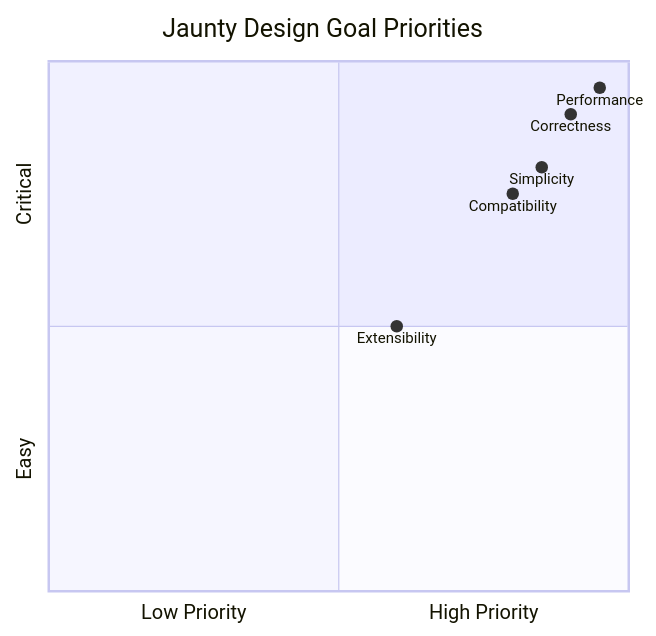
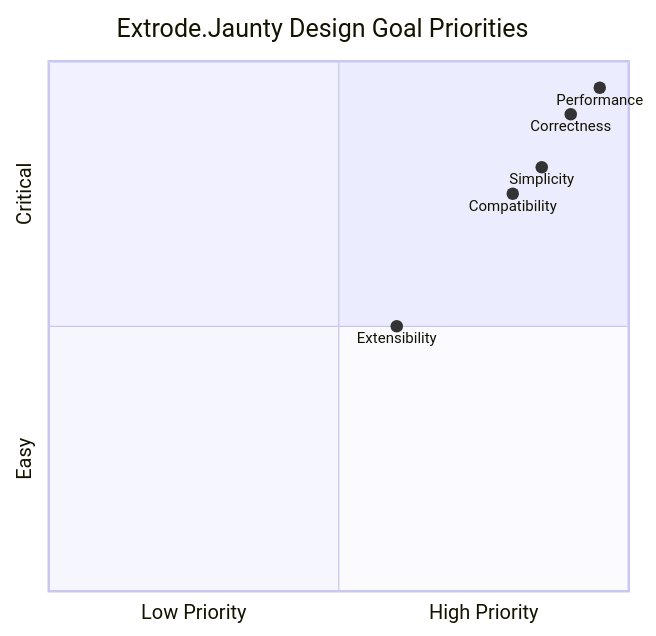
One commit to extrode/jaunty changed the first of 23 diagrams in docs/02-architecture/architecture-specification.md. Above: the diagram before and after it, drawn with Mermaid. The commit also changed other lines of this file and 77 other files, not shown here.

First line of the commit message:
docs: update Extrode.Jaunty.* code references, add breaking-change note

````diff
--- a/docs/02-architecture/architecture-specification.md
+++ b/docs/02-architecture/architecture-specification.md
@@ -36,11 +36,11 @@
 ```mermaid
 quadrantChart
-    title Jaunty Design Goal Priorities
+    title Extrode.Jaunty Design Goal Priorities
     x-axis "Low Priority" --> "High Priority"
     y-axis "Easy" --> "Critical"
     "Performance": [0.95, 0.95]
     "Correctness": [0.90, 0.90]
     "Simplicity": [0.85, 0.80]
     "Compatibility": [0.80, 0.75]
     "Extensibility": [0.60, 0.50]
 ```
````
